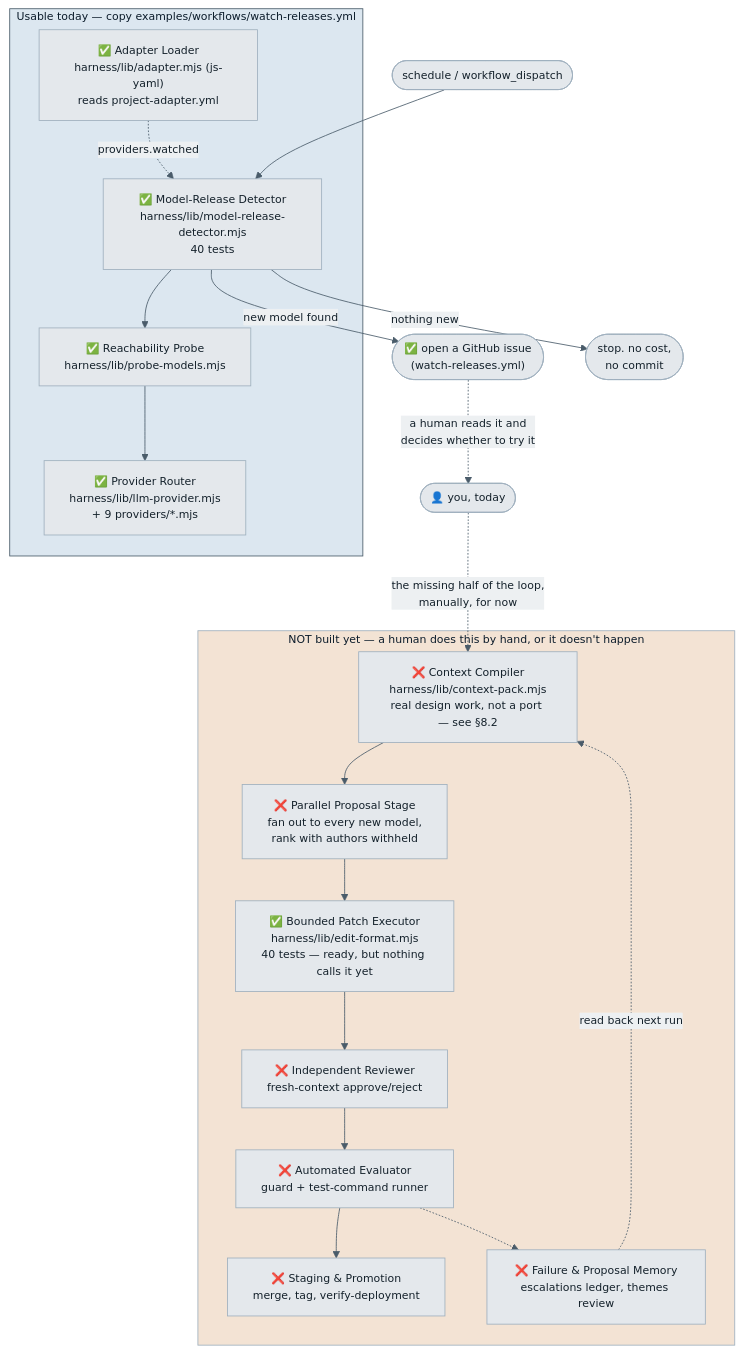
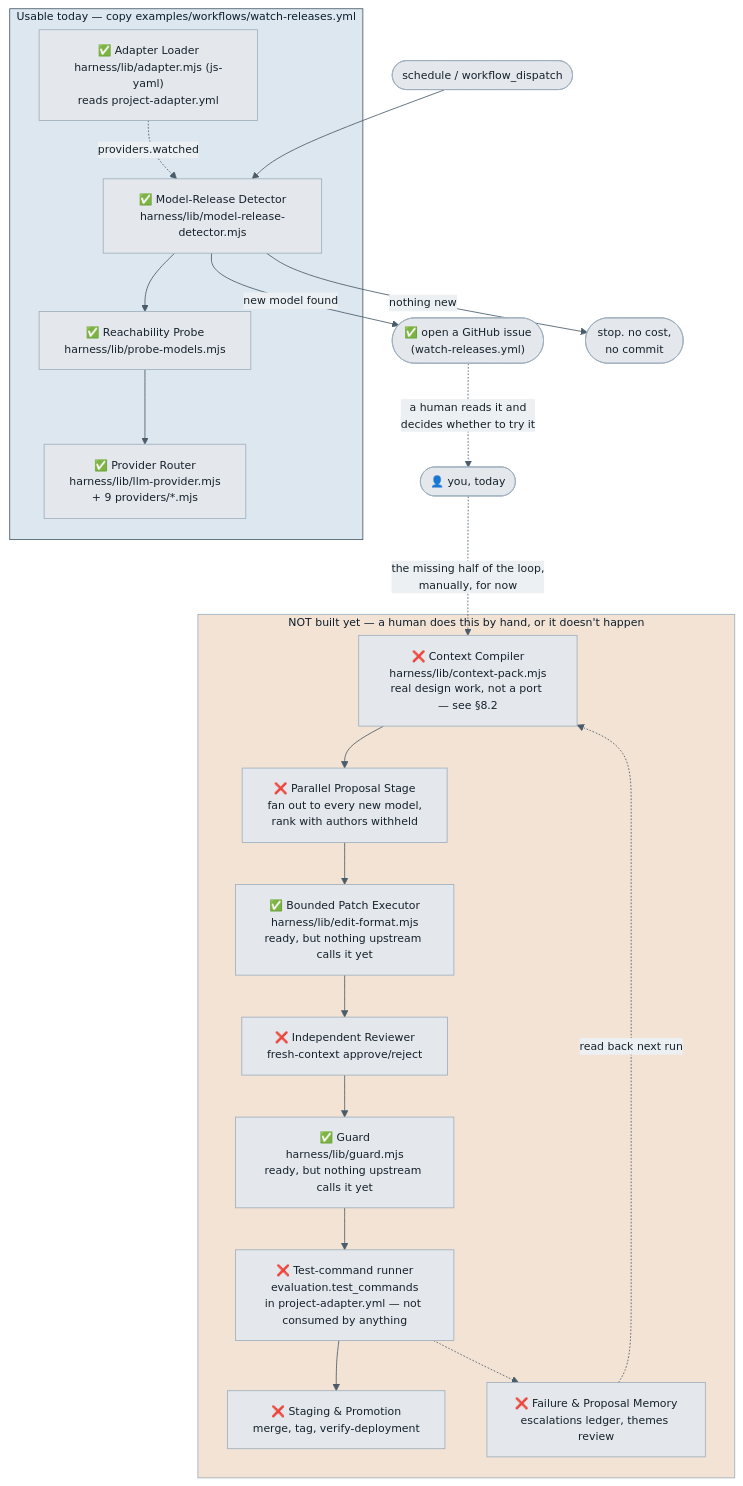
Before and after one commit to Chrisfoz/self-optimisation: the first of 2 diagrams in ARCHITECTURE.md, drawn with Mermaid. The commit also changed other lines of this file and 8 other files, not shown here.

````diff
--- a/ARCHITECTURE.md
+++ b/ARCHITECTURE.md
@@ -20,40 +20,41 @@
 ```mermaid
 %%{init: {"theme":"base","themeVariables":{"fontSize":"13px","primaryColor":"#E4E8EC","primaryTextColor":"#14212B","primaryBorderColor":"#9FB0BE","lineColor":"#4A5C6A","secondaryColor":"#DCE7F0","tertiaryColor":"#F3E3D4","clusterBkg":"#F6F8F9","clusterBorder":"#9FB0BE","edgeLabelBackground":"#EDF0F2","textColor":"#14212B"}}}%%
 flowchart TD
   cron(["schedule / workflow_dispatch"]) --> detector
 
   subgraph today["Usable today — copy examples/workflows/watch-releases.yml"]
-    detector["✅ Model-Release Detector<br/>harness/lib/model-release-detector.mjs<br/>40 tests"]
+    detector["✅ Model-Release Detector<br/>harness/lib/model-release-detector.mjs"]
     probe["✅ Reachability Probe<br/>harness/lib/probe-models.mjs"]
     adapter["✅ Adapter Loader<br/>harness/lib/adapter.mjs (js-yaml)<br/>reads project-adapter.yml"]
     router["✅ Provider Router<br/>harness/lib/llm-provider.mjs<br/>+ 9 providers/*.mjs"]
 
     adapter -.->|"providers.watched"| detector
     detector --> probe
     probe --> router
   end
 
   detector -->|"new model found"| issue(["✅ open a GitHub issue<br/>(watch-releases.yml)"])
   detector -->|"nothing new"| idle(["stop. no cost,<br/>no commit"])
 
   issue -.->|"a human reads it and<br/>decides whether to try it"| human(["👤 you, today"])
 
   subgraph missing["NOT built yet — a human does this by hand, or it doesn't happen"]
     context["❌ Context Compiler<br/>harness/lib/context-pack.mjs<br/>real design work, not a port — see §8.2"]
-    executor["✅ Bounded Patch Executor<br/>harness/lib/edit-format.mjs<br/>40 tests — ready, but nothing calls it yet"]
+    executor["✅ Bounded Patch Executor<br/>harness/lib/edit-format.mjs<br/>ready, but nothing upstream calls it yet"]
     propose["❌ Parallel Proposal Stage<br/>fan out to every new model,<br/>rank with authors withheld"]
     reviewer["❌ Independent Reviewer<br/>fresh-context approve/reject"]
-    evaluator["❌ Automated Evaluator<br/>guard + test-command runner"]
+    guard["✅ Guard<br/>harness/lib/guard.mjs<br/>ready, but nothing upstream calls it yet"]
+    testrunner["❌ Test-command runner<br/>evaluation.test_commands<br/>in project-adapter.yml — not consumed by anything"]
     memory["❌ Failure & Proposal Memory<br/>escalations ledger, themes review"]
     promote["❌ Staging & Promotion<br/>merge, tag, verify-deployment"]
 
-    context --> propose --> executor --> reviewer --> evaluator --> promote
+    context --> propose --> executor --> reviewer --> guard --> testrunner --> promote
     memory -.->|"read back next run"| context
-    evaluator -.-> memory
+    testrunner -.-> memory
   end
 
   human -.->|"the missing half of the loop,<br/>manually, for now"| context
 
   style today fill:#DCE7F0,stroke:#4A5C6A
   style missing fill:#F3E3D4,stroke:#9FB0BE
 ```
````
